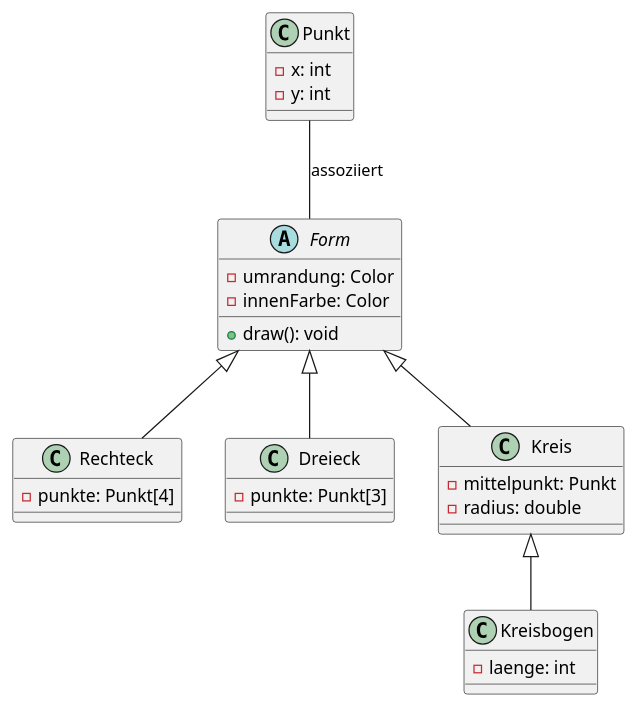
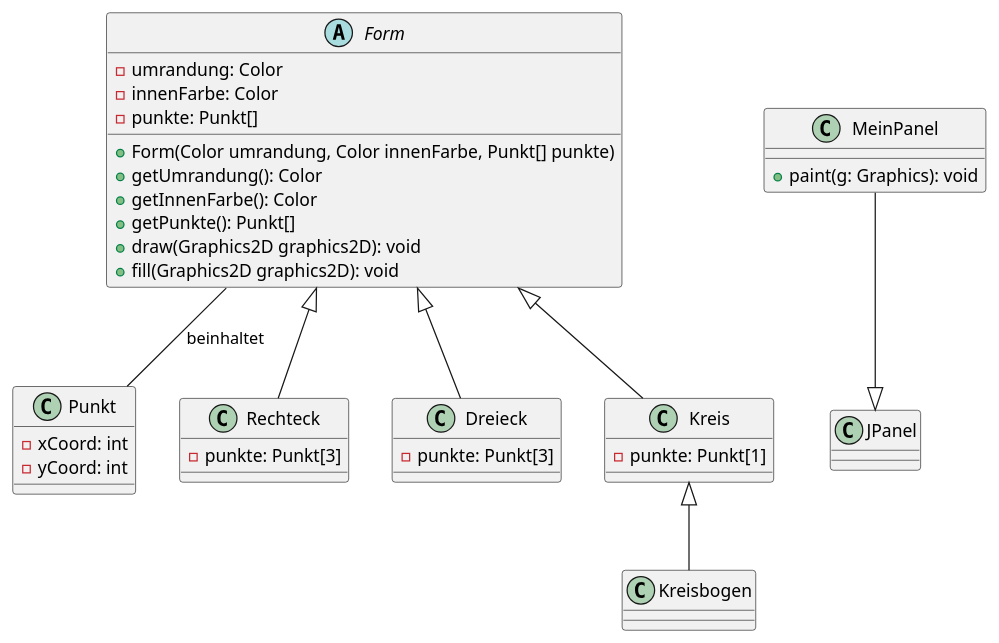
The diagram in content/Berufsschule/Lernfeld 8/03. Aufgabe UML.md (HitoHitoNika/quartz_v4_impl), drawn with PlantUML before and after one commit. The commit also changed other lines of this file and 37 other files, not shown here.

````diff
--- a/content/Berufsschule/Lernfeld 8/03. Aufgabe UML.md
+++ b/content/Berufsschule/Lernfeld 8/03. Aufgabe UML.md
@@ -16,40 +169,51 @@
 ```plantuml
-@startuml 
+@startuml
 
 class Punkt { 
-- x: int
-- y: int 
+  - xCoord: int
+  - yCoord: int 
 } 
 
-abstract Form { 
-- umrandung: Color 
-- innenFarbe: Color 
-+ draw(): void
+abstract class Form { 
+  - umrandung: Color 
+  - innenFarbe: Color 
+  - punkte: Punkt[]
+
+  + Form(Color umrandung, Color innenFarbe, Punkt[] punkte)
+  + getUmrandung(): Color
+  + getInnenFarbe(): Color
+  + getPunkte(): Punkt[]
+  + draw(Graphics2D graphics2D): void
+  + fill(Graphics2D graphics2D): void
 } 
 
-class Rechteck { 
-- punkte: Punkt[4] 
+class Rechteck {
+-punkte: Punkt[3]
 }
 
 class Dreieck {
-- punkte: Punkt[3]
+-punkte: Punkt[3]
 }
 
-class Kreis { 
-- mittelpunkt: Punkt 
-- radius: double 
-} 
+class Kreis{
+-punkte: Punkt[1]
+}
 
 class Kreisbogen {
-- laenge: int
 }
 
-Punkt -- Form : assoziiert 
+class MeinPanel {
+  + paint(g: Graphics): void
+}
+
 Form <|-- Rechteck 
 Form <|-- Dreieck 
 Form <|-- Kreis 
 Kreis <|-- Kreisbogen
+MeinPanel --|> JPanel
+
+Form -- Punkt: beinhaltet
 
 @enduml
 
 ```
````
